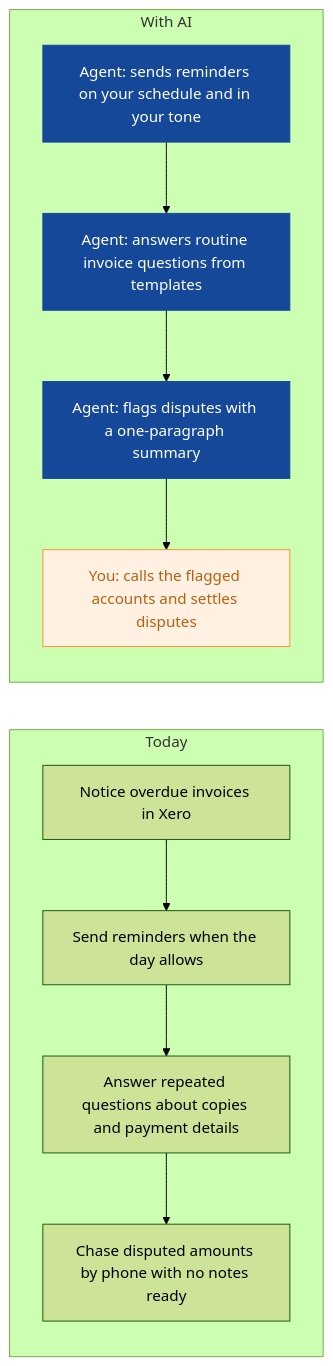
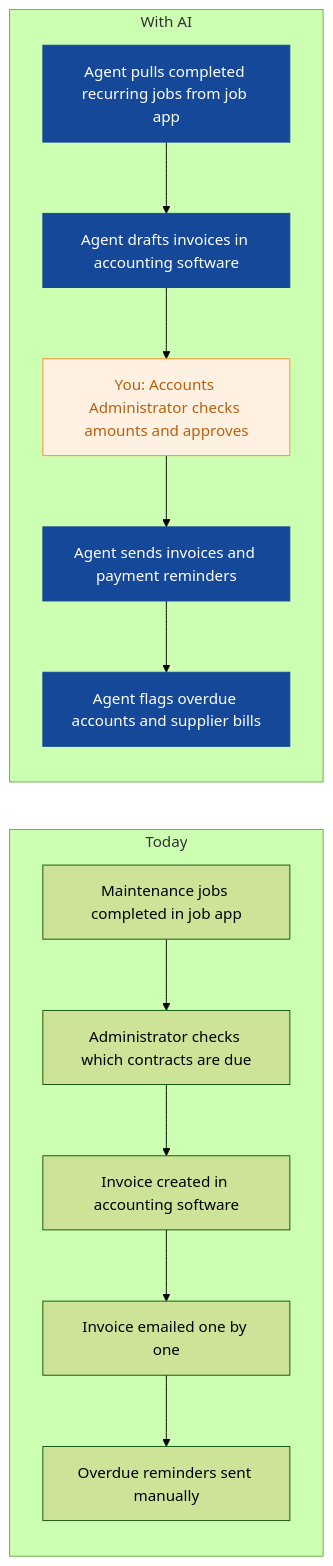
The fourth of 8 diagrams in strategies/verdant-roots-landscaping.md (nexibeo/Complete-AI-Strategy), drawn with Mermaid (forest theme) before and after one commit. The commit also changed other lines of this file and 26 other files, not shown here.

````diff
--- a/strategies/verdant-roots-landscaping.md
+++ b/strategies/verdant-roots-landscaping.md
@@ -160,21 +140,23 @@
 ```mermaid
 flowchart LR
   subgraph Today
-    B0["Notice overdue invoices in Xero"]
-    B1["Send reminders when the day allows"]
-    B2["Answer repeated questions about copies and payment details"]
-    B3["Chase disputed amounts by phone with no notes ready"]
-    B0 --> B1 --> B2 --> B3
+    B0["Maintenance jobs completed in job app"]
+    B1["Administrator checks which contracts are due"]
+    B2["Invoice created in accounting software"]
+    B3["Invoice emailed one by one"]
+    B4["Overdue reminders sent manually"]
+    B0 --> B1 --> B2 --> B3 --> B4
   end
   subgraph WithAI[With AI]
-    A0["Agent: sends reminders on your schedule and in your tone"]
-    A1["Agent: answers routine invoice questions from templates"]
-    A2["Agent: flags disputes with a one-paragraph summary"]
-    A3["You: calls the flagged accounts and settles disputes"]
-    A0 --> A1 --> A2 --> A3
+    A0["Agent pulls completed recurring jobs from job app"]
+    A1["Agent drafts invoices in accounting software"]
+    A2["You: Accounts Administrator checks amounts and approves"]
+    A3["Agent sends invoices and payment reminders"]
+    A4["Agent flags overdue accounts and supplier bills"]
+    A0 --> A1 --> A2 --> A3 --> A4
   end
   classDef ai fill:#154899,color:#fff,stroke:#154899
   classDef human fill:#FFF1E2,color:#B8600F,stroke:#F98F2C
-  class A0,A1,A2 ai
-  class A3 human
+  class A0,A1,A3,A4 ai
+  class A2 human
 ```
````
